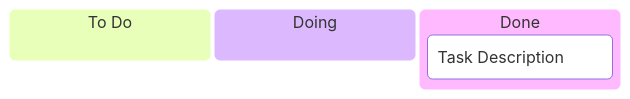
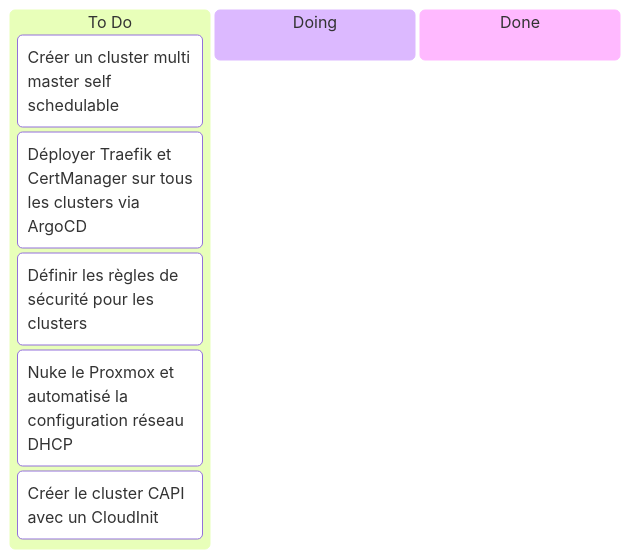
Before and after one commit to batleforc/weebo-si: the diagram in docs/0.introduction/kanban.md, drawn with Mermaid. The commit also changed other lines of this file and 13 other files, not shown here.

````diff
--- a/docs/0.introduction/kanban.md
+++ b/docs/0.introduction/kanban.md
@@ -3,7 +3,11 @@
 ```mermaid
 kanban
   todo[To Do]
+    us1[Créer un cluster multi master self schedulable]
+    us2[Déployer Traefik et CertManager sur tous les clusters via ArgoCD]
+    us3[Définir les règles de sécurité pour les clusters]
+    us4[Nuke le Proxmox et automatisé la configuration réseau DHCP]
+    us5[Créer le cluster CAPI avec un CloudInit]
   doing[Doing]
   done[Done]
-    task1[Task Description]
 ```
````
